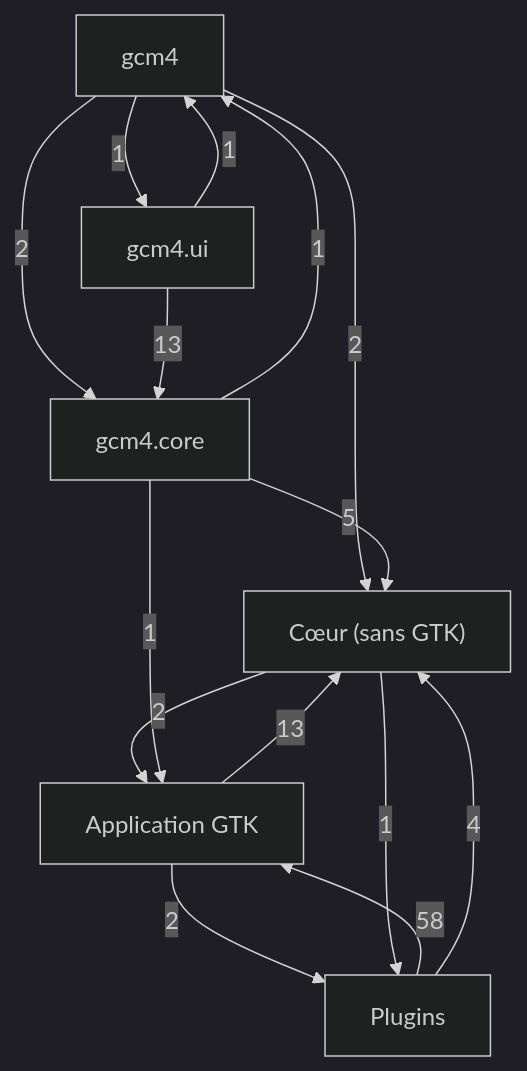
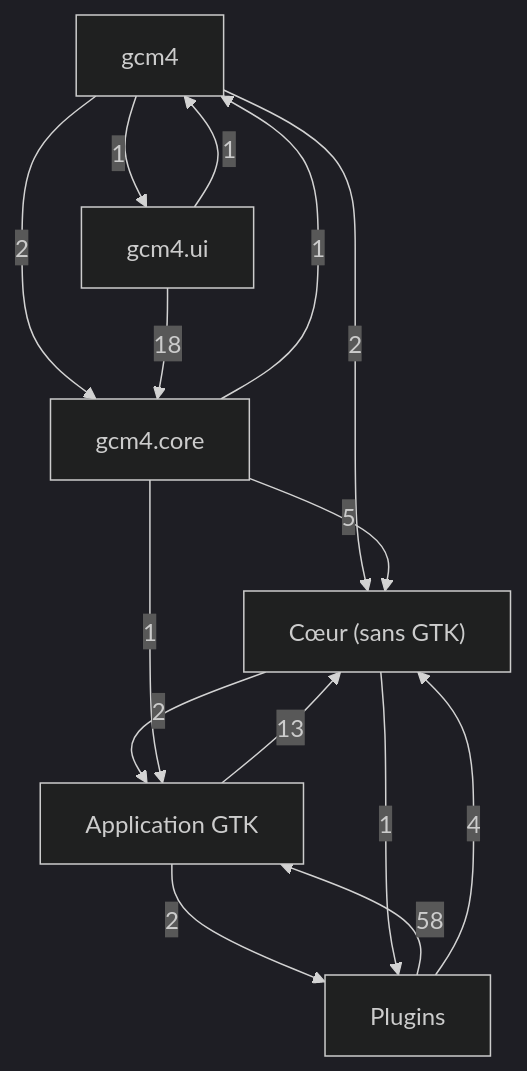
Before and after one commit to Mathide-Team/Gcm4: the first of 7 diagrams in docs/class-diagram.md, drawn with Mermaid (dark theme). The commit also changed other lines of this file and 69 other files, not shown here.

````diff
--- a/docs/class-diagram.md
+++ b/docs/class-diagram.md
@@ -21,23 +21,23 @@
 ```mermaid
 flowchart TD
     g0["Cœur (sans GTK)"]
     g1["Application GTK"]
     g2["Plugins"]
     g3["gcm4"]
     g4["gcm4.core"]
     g5["gcm4.ui"]
     g1 -->|13| g0
     g1 -->|2| g2
     g0 -->|2| g1
     g0 -->|1| g2
     g2 -->|58| g1
     g2 -->|4| g0
     g3 -->|2| g0
     g3 -->|2| g4
     g3 -->|1| g5
     g4 -->|1| g1
     g4 -->|5| g0
     g4 -->|1| g3
     g5 -->|1| g3
-    g5 -->|13| g4
+    g5 -->|18| g4
 ```
````
